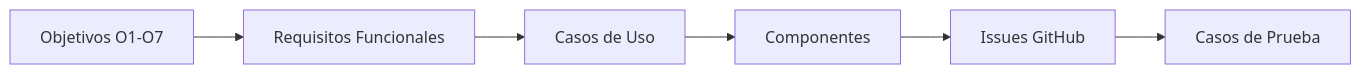
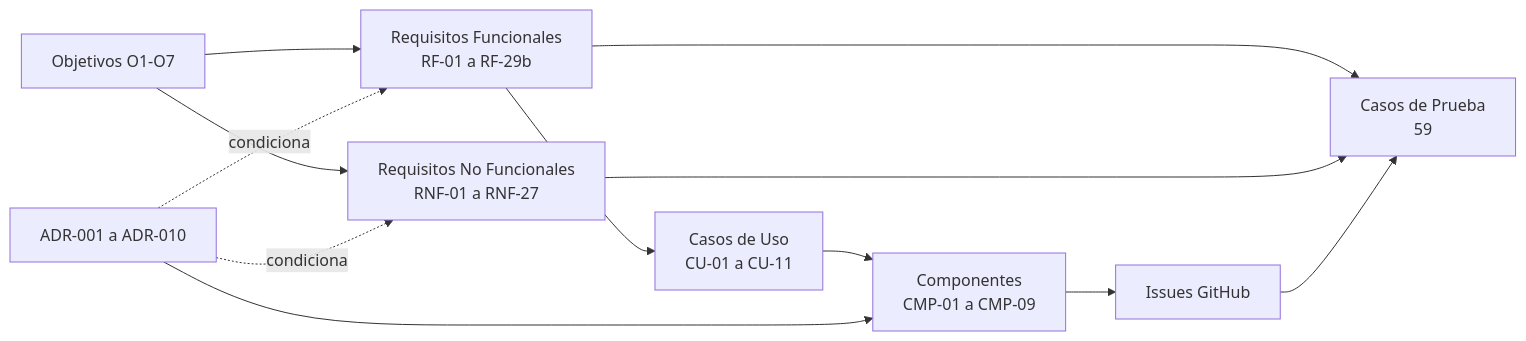
The first of 2 diagrams in docs/requirements/traceability-matrix.md (pabloo806/Trabajo-de-Fin-de-Grado), drawn with Mermaid before and after one commit. The commit also changed other lines of this file, not shown here.

````diff
--- a/docs/requirements/traceability-matrix.md
+++ b/docs/requirements/traceability-matrix.md
@@ -159,25 +332,41 @@
 ```mermaid
 flowchart LR
 
     OBJ[Objetivos O1-O7]
 
-    RF[Requisitos Funcionales]
+    RF[Requisitos Funcionales<br/>RF-01 a RF-29b]
 
-    CU[Casos de Uso]
+    RNF[Requisitos No Funcionales<br/>RNF-01 a RNF-27]
 
-    CMP[Componentes]
+    CU[Casos de Uso<br/>CU-01 a CU-11]
+
+    ADR[ADR-001 a ADR-010]
+
+    CMP[Componentes<br/>CMP-01 a CMP-09]
 
     GH[Issues GitHub]
 
-    TEST[Casos de Prueba]
+    TEST[Casos de Prueba<br/>59]
 
     OBJ --> RF
+
+    OBJ --> RNF
 
     RF --> CU
 
     CU --> CMP
 
+    ADR --> CMP
+
+    ADR -.condiciona.-> RF
+
+    ADR -.condiciona.-> RNF
+
     CMP --> GH
+
+    RF --> TEST
+
+    RNF --> TEST
 
     GH --> TEST
 ```
````
